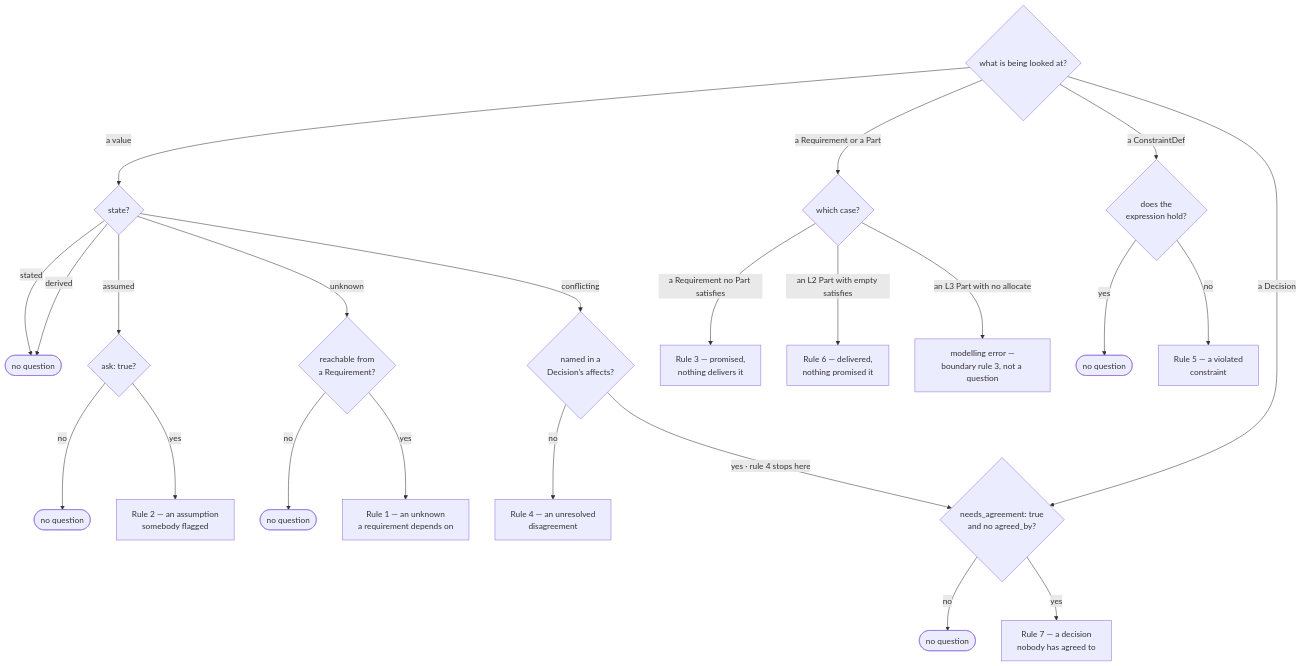
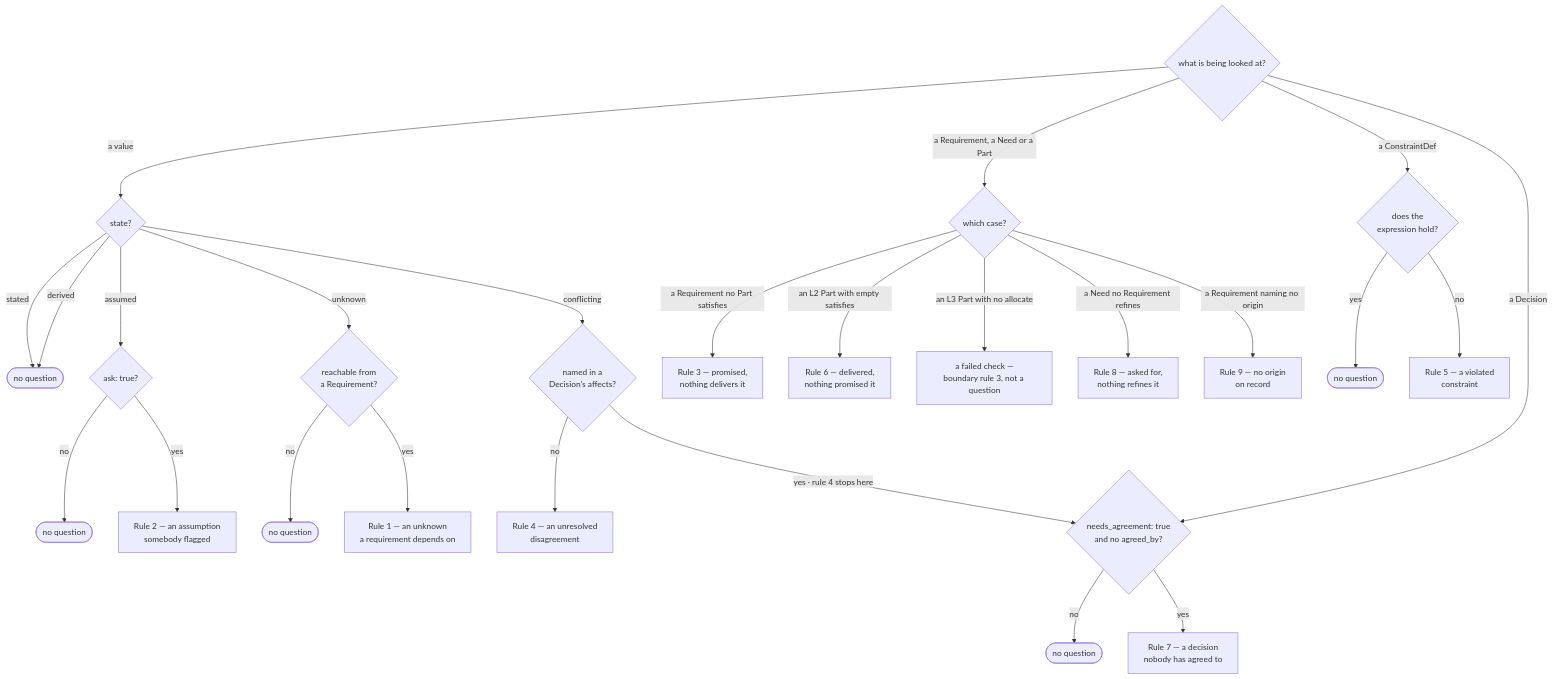
One commit to szantob/EventML changed the diagram in spec/04-uncertainty.md. Above: the diagram before and after it, drawn with Mermaid. The commit also changed other lines of this file, not shown here.

Commit message:
Check the refine edge from both ends, and say which checks a script can make

````diff
--- a/spec/04-uncertainty.md
+++ b/spec/04-uncertainty.md
@@ -97,31 +97,33 @@
 ```mermaid
 flowchart TD
     N{"what is being looked at?"}
     N -->|"a value"| V{"state?"}
-    N -->|"a Requirement or a Part"| G{"which case?"}
+    N -->|"a Requirement, a Need or a Part"| G{"which case?"}
     N -->|"a ConstraintDef"| CN{"does the<br/>expression hold?"}
     N -->|"a Decision"| DC{"needs_agreement: true<br/>and no agreed_by?"}
 
     V -->|"stated"| NV(["no question"])
     V -->|"derived"| NV
     V -->|"assumed"| A{"ask: true?"}
     V -->|"unknown"| U{"reachable from<br/>a Requirement?"}
     V -->|"conflicting"| CF{"named in a<br/>Decision's affects?"}
 
     A -->|"no"| NA(["no question"])
     A -->|"yes"| R2["Rule 2 — an assumption<br/>somebody flagged"]
     U -->|"no"| NU(["no question"])
     U -->|"yes"| R1["Rule 1 — an unknown<br/>a requirement depends on"]
     CF -->|"no"| R4["Rule 4 — an unresolved<br/>disagreement"]
     CF -->|"yes · rule 4 stops here"| DC
 
     G -->|"a Requirement no Part satisfies"| R3["Rule 3 — promised,<br/>nothing delivers it"]
     G -->|"an L2 Part with empty satisfies"| R6["Rule 6 — delivered,<br/>nothing promised it"]
-    G -->|"an L3 Part with no allocate"| ERR["modelling error —<br/>boundary rule 3, not a question"]
+    G -->|"an L3 Part with no allocate"| ERR["a failed check —<br/>boundary rule 3, not a question"]
+    G -->|"a Need no Requirement refines"| R8["Rule 8 — asked for,<br/>nothing refines it"]
+    G -->|"a Requirement naming no origin"| R9["Rule 9 — no origin<br/>on record"]
 
     CN -->|"yes"| NC(["no question"])
     CN -->|"no"| R5["Rule 5 — a violated<br/>constraint"]
 
     DC -->|"no"| ND(["no question"])
     DC -->|"yes"| R7["Rule 7 — a decision<br/>nobody has agreed to"]
 ```
````
